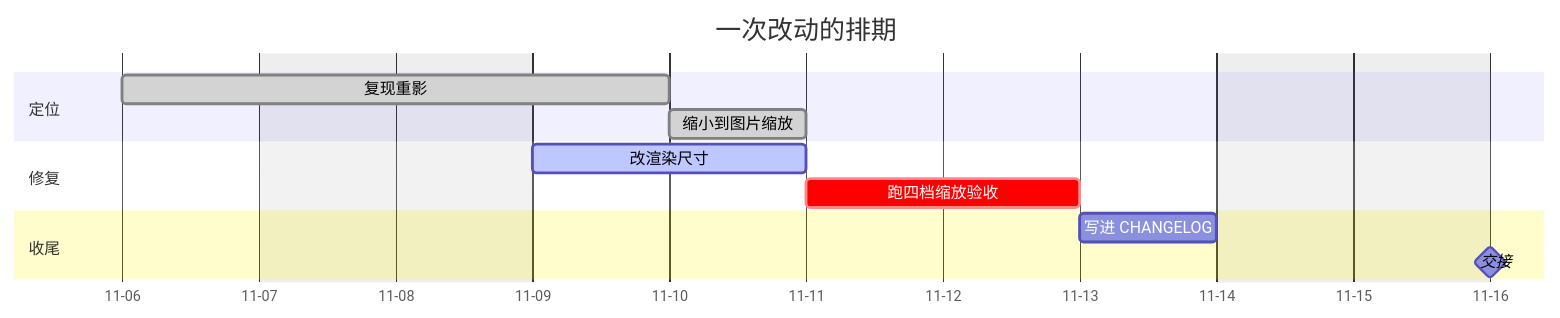
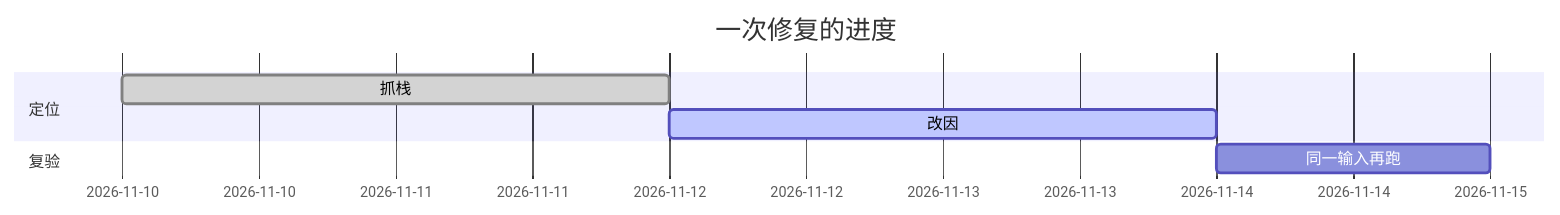
The third of 4 diagrams in examples/all-syntax.markdown (emacs-taf/etaf-md), drawn with Mermaid before and after one commit. The commit also changed other lines of this file and 2 other files, not shown here.

````diff
--- a/examples/all-syntax.markdown
+++ b/examples/all-syntax.markdown
@@ -1605,17 +457,10 @@
 ```mermaid
 gantt
-  title 一次改动的排期
+  title 一次修复的进度
   dateFormat YYYY-MM-DD
-  axisFormat %m-%d
-  excludes weekends
-
   section 定位
-  复现重影            :done,   a1, 2026-11-06, 2d
-  缩小到图片缩放      :done,   a2, after a1, 1d
-  section 修复
-  改渲染尺寸          :active, b1, 2026-11-09, 2d
-  跑四档缩放验收      :crit,   b2, after b1, 2d
-  section 收尾
-  写进 CHANGELOG      :        c1, after b2, 1d
-  交接                :milestone, m1, after c1, 0d
+  抓栈        :done, a1, 2026-11-10, 2d
+  改因        :active, a2, 2026-11-12, 2d
+  section 复验
+  同一输入再跑 :a3, 2026-11-14, 1d
 ```
````
